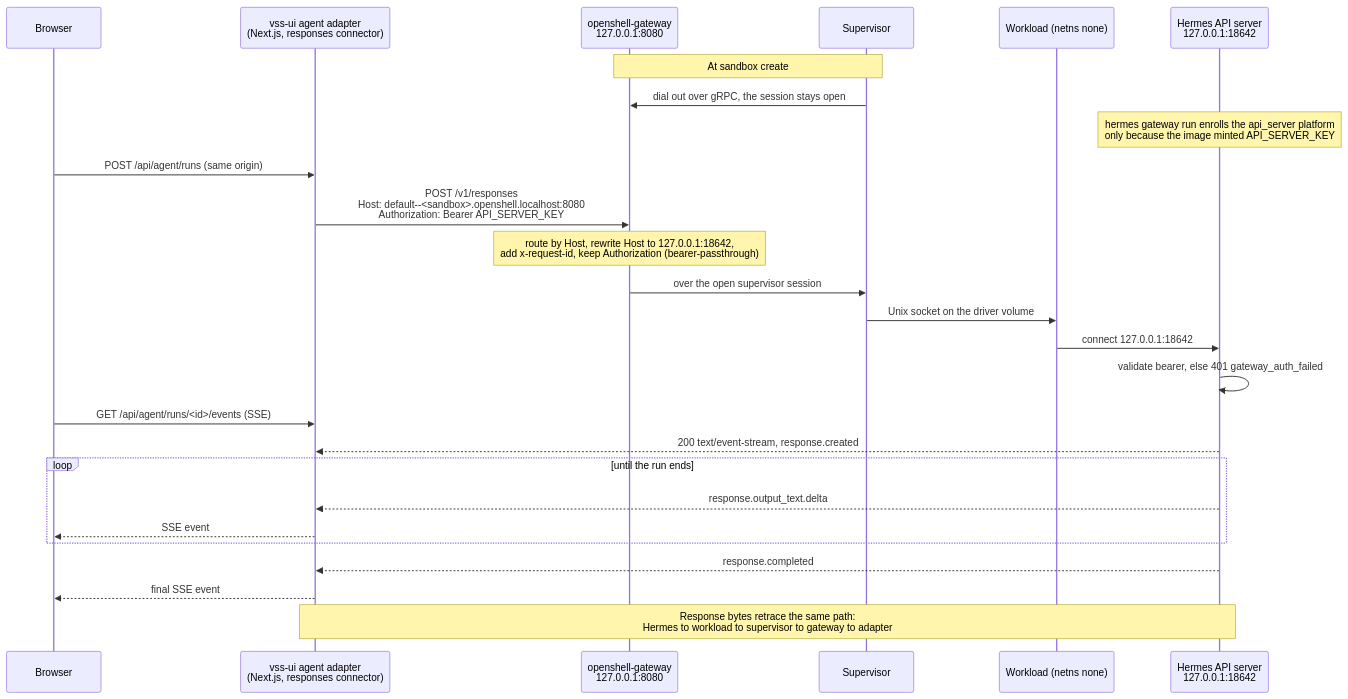
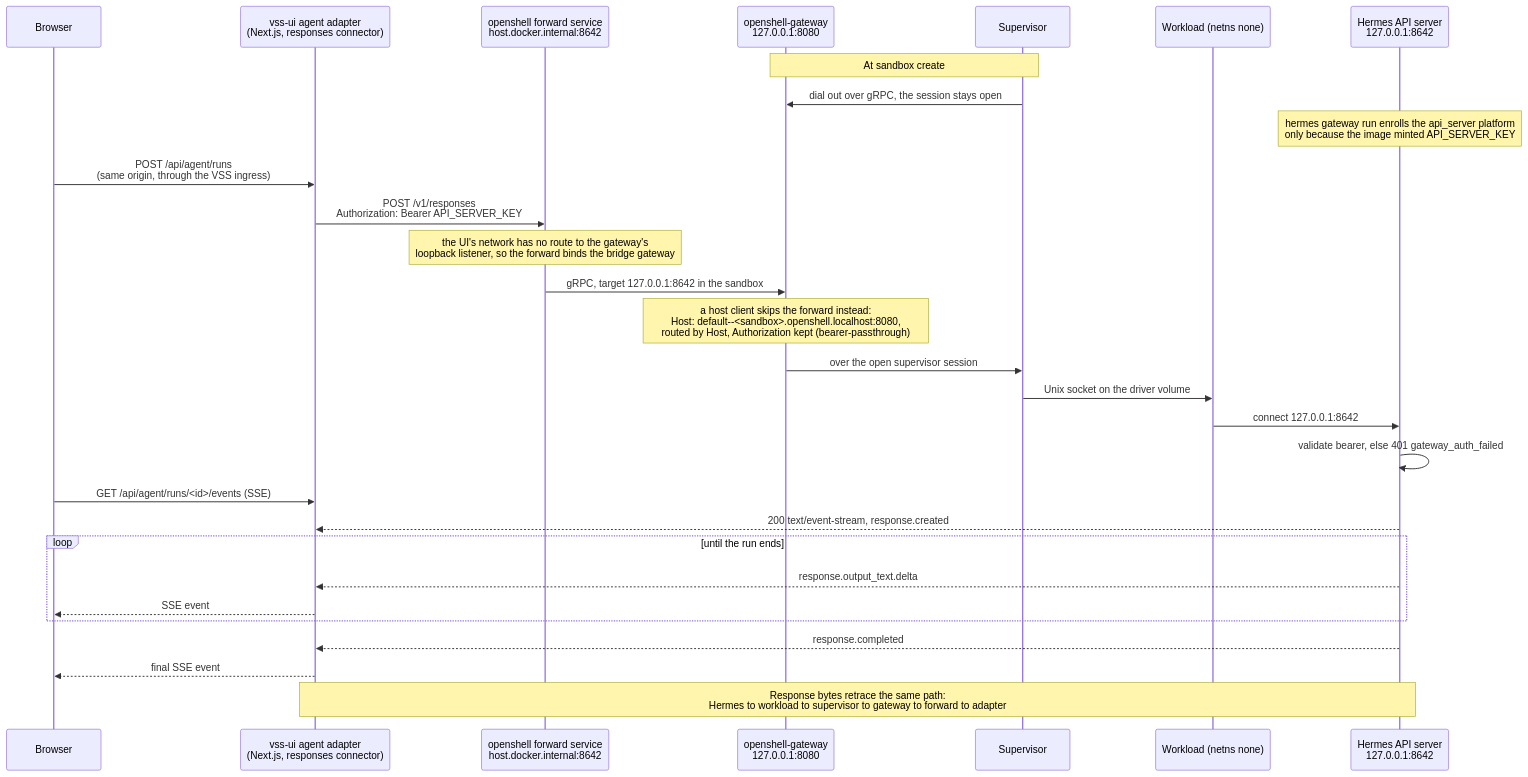
Before and after one commit to NVIDIA-AI-Blueprints/video-search-and-summarization: the diagram in .openshell/docs/assets/vss-openshell-request-path.mmd, drawn with Mermaid. The commit also changed 3 other files, not shown here.

First line of the commit message:
Connect the VSS UI chat to the Hermes sandbox

```diff
--- a/.openshell/docs/assets/vss-openshell-request-path.mmd
+++ b/.openshell/docs/assets/vss-openshell-request-path.mmd
@@ -1,31 +1,34 @@
 %%{init: {"theme": "default", "themeVariables": {"fontFamily": "Arial", "fontSize": "16px"}}}%%
 sequenceDiagram
     participant B as Browser
     participant UI as vss-ui agent adapter<br/>(Next.js, responses connector)
+    participant FW as openshell forward service<br/>host.docker.internal:8642
     participant GW as openshell-gateway<br/>127.0.0.1:8080
     participant SUP as Supervisor
     participant WL as Workload (netns none)
-    participant AG as Hermes API server<br/>127.0.0.1:18642
+    participant AG as Hermes API server<br/>127.0.0.1:8642
 
     Note over GW,SUP: At sandbox create
     SUP->>GW: dial out over gRPC, the session stays open
     Note over AG: hermes gateway run enrolls the api_server platform<br/>only because the image minted API_SERVER_KEY
 
-    B->>UI: POST /api/agent/runs (same origin)
-    UI->>GW: POST /v1/responses<br/>Host: default--#lt;sandbox#gt;.openshell.localhost:8080<br/>Authorization: Bearer API_SERVER_KEY
-    Note over GW: route by Host, rewrite Host to 127.0.0.1:18642,<br/>add x-request-id, keep Authorization (bearer-passthrough)
+    B->>UI: POST /api/agent/runs<br/>(same origin, through the VSS ingress)
+    UI->>FW: POST /v1/responses<br/>Authorization: Bearer API_SERVER_KEY
+    Note over FW: the UI's network has no route to the gateway's<br/>loopback listener, so the forward binds the bridge gateway
+    FW->>GW: gRPC, target 127.0.0.1:8642 in the sandbox
+    Note over GW: a host client skips the forward instead:<br/>Host: default--#lt;sandbox#gt;.openshell.localhost:8080,<br/>routed by Host, Authorization kept (bearer-passthrough)
     GW->>SUP: over the open supervisor session
     SUP->>WL: Unix socket on the driver volume
-    WL->>AG: connect 127.0.0.1:18642
+    WL->>AG: connect 127.0.0.1:8642
     AG->>AG: validate bearer, else 401 gateway_auth_failed
 
     B->>UI: GET /api/agent/runs/#lt;id#gt;/events (SSE)
     AG-->>UI: 200 text/event-stream, response.created
     loop until the run ends
         AG-->>UI: response.output_text.delta
         UI-->>B: SSE event
     end
     AG-->>UI: response.completed
     UI-->>B: final SSE event
 
-    Note over UI,AG: Response bytes retrace the same path:<br/>Hermes to workload to supervisor to gateway to adapter
+    Note over UI,AG: Response bytes retrace the same path:<br/>Hermes to workload to supervisor to gateway to forward to adapter
```
